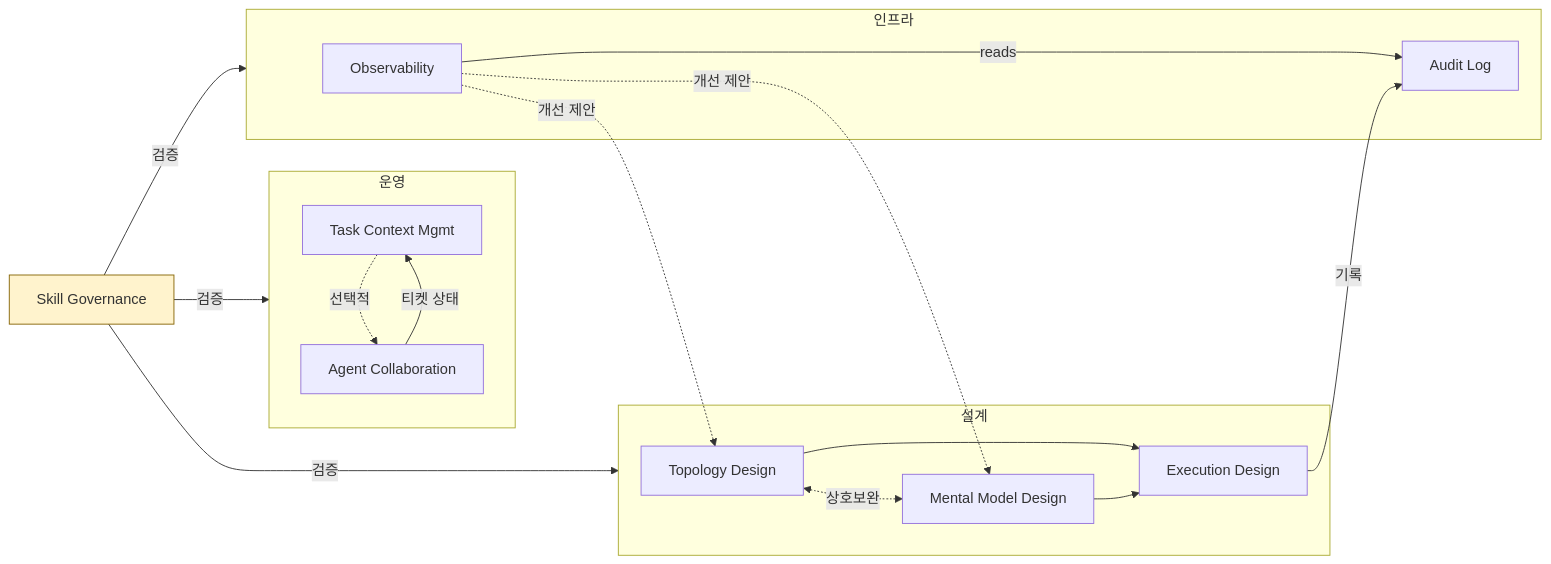
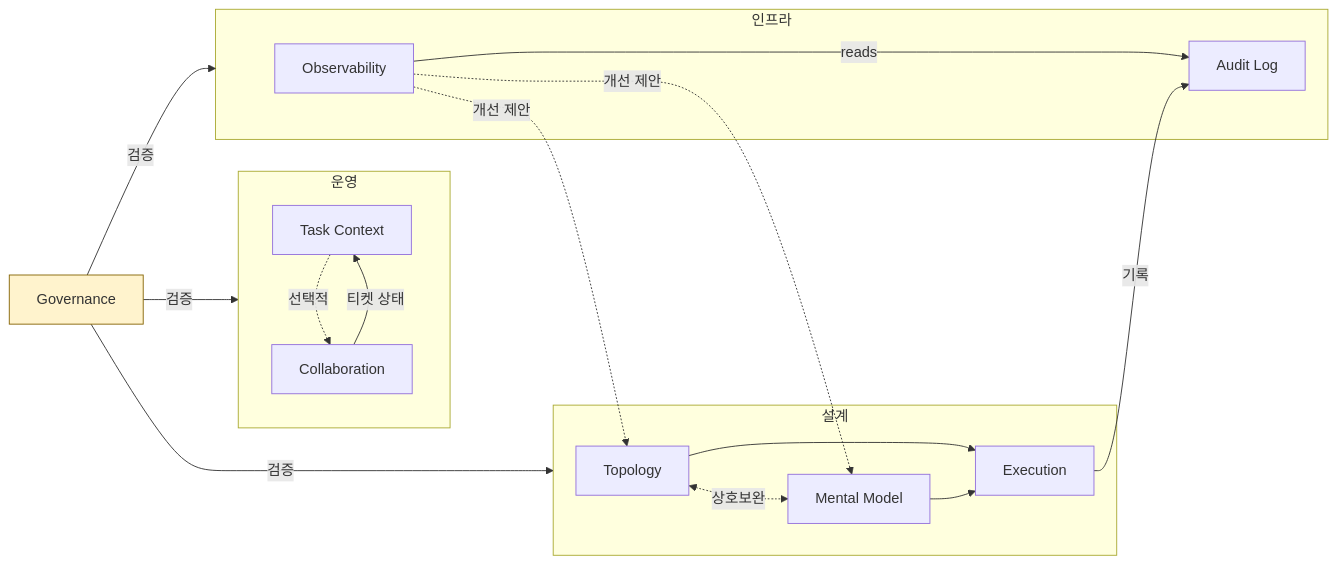
Before and after one commit to WMJOON/multi-swarm-orchestrator: the first of 2 diagrams in README.md, drawn with Mermaid. The commit also changed other lines of this file, not shown here.

````diff
--- a/README.md
+++ b/README.md
@@ -30,26 +16,26 @@
 ```mermaid
 graph LR
     subgraph Design ["설계"]
-        S00["Topology Design"] <-.->|상호보완| S01["Mental Model Design"]
-        S00 & S01 --> S02["Execution Design"]
+        S00["Topology"] <-.->|상호보완| S01["Mental Model"]
+        S00 & S01 --> S02["Execution"]
     end
 
     subgraph Ops ["운영"]
-        S03["Task Context Mgmt"] -.->|선택적| S04["Agent Collaboration"]
+        S03["Task Context"] -.->|선택적| S04["Collaboration"]
     end
 
     subgraph Infra ["인프라"]
         S06["Observability"] -->|reads| S05["Audit Log"]
     end
 
     S02 -->|기록| S05
     S06 -.->|개선 제안| S00
     S06 -.->|개선 제안| S01
     S04 -->|티켓 상태| S03
 
-    GOV["Skill Governance"] -->|검증| Design
+    GOV["Governance"] -->|검증| Design
     GOV -->|검증| Ops
     GOV -->|검증| Infra
 
     style GOV fill:#fff3cd,stroke:#856404
 ```
````
